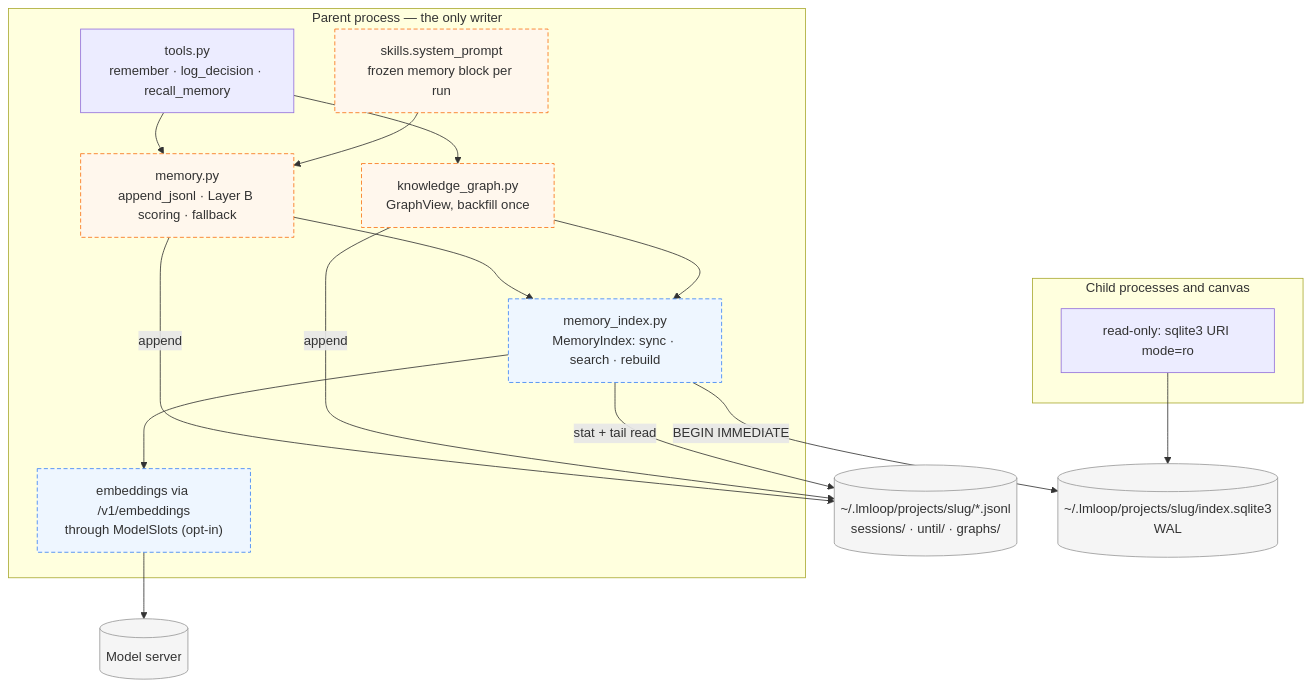
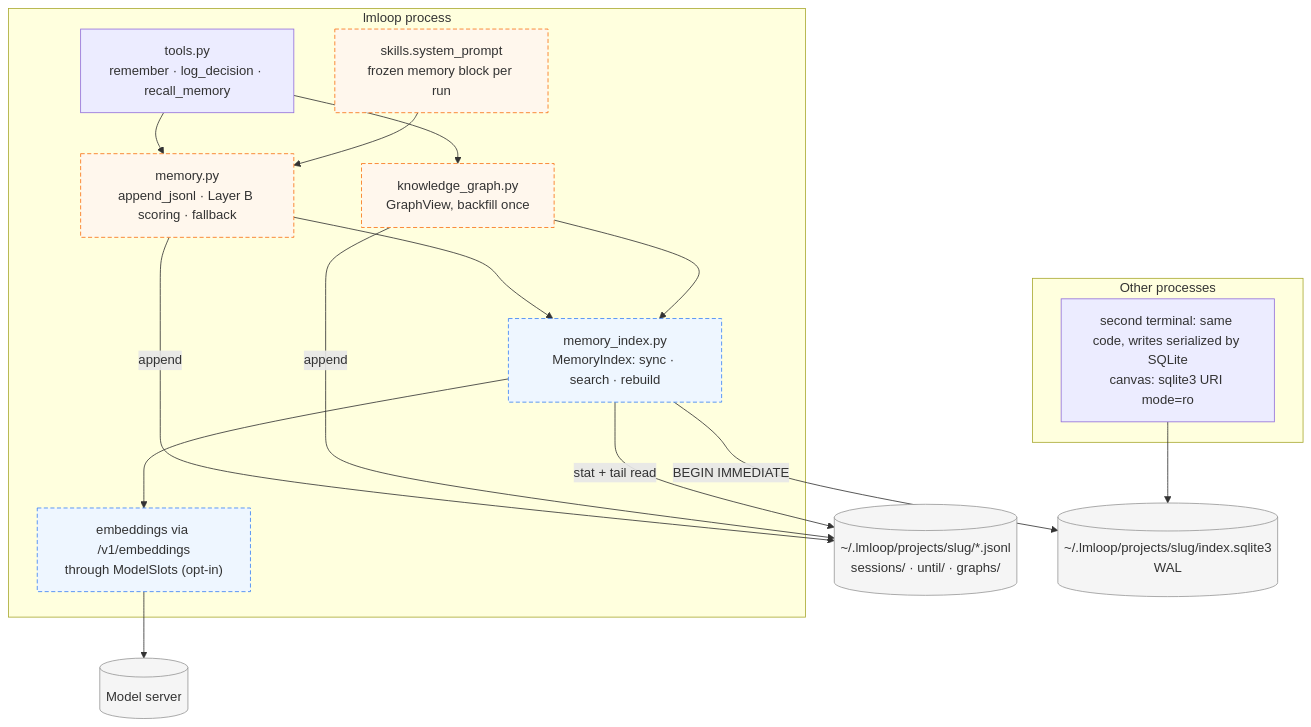
One commit to XD-Builder/environment-setup changed the second of 4 diagrams in lmloop/docs/DESIGN_MEMORY_RETRIEVAL.md. Above: the diagram before and after it, drawn with Mermaid. The commit also changed other lines of this file and 4 other files, not shown here.

````diff
--- a/lmloop/docs/DESIGN_MEMORY_RETRIEVAL.md
+++ b/lmloop/docs/DESIGN_MEMORY_RETRIEVAL.md
@@ -130,36 +131,36 @@
 ```mermaid
 flowchart TB
   classDef new fill:#eef6ff,stroke:#3b82f6,stroke-dasharray:5 3
   classDef mod fill:#fff7ed,stroke:#f97316,stroke-dasharray:5 3
   classDef ext fill:#f5f5f5,stroke:#999
 
-  subgraph parent["Parent process — the only writer"]
+  subgraph parent["lmloop process"]
     tools["tools.py<br/>remember · log_decision · recall_memory"]
     mem["memory.py<br/>append_jsonl · Layer B scoring · fallback"]:::mod
     kg["knowledge_graph.py<br/>GraphView, backfill once"]:::mod
     midx["memory_index.py<br/>MemoryIndex: sync · search · rebuild"]:::new
     sp["skills.system_prompt<br/>frozen memory block per run"]:::mod
     emb["embeddings via /v1/embeddings<br/>through ModelSlots (opt-in)"]:::new
   end
 
-  subgraph kids["Child processes and canvas"]
-    ro["read-only: sqlite3 URI mode=ro"]
+  subgraph kids["Other processes"]
+    ro["second terminal: same code, writes serialized by SQLite<br/>canvas: sqlite3 URI mode=ro"]
   end
 
   jsonl[("~/.lmloop/projects/slug/*.jsonl<br/>sessions/ · until/ · graphs/")]:::ext
   idx[("~/.lmloop/projects/slug/index.sqlite3<br/>WAL")]:::ext
   model[("Model server")]:::ext
 
   tools --> mem
   tools --> kg
   mem -->|"append"| jsonl
   kg -->|"append"| jsonl
   mem --> midx
   kg --> midx
   sp --> mem
   midx -->|"stat + tail read"| jsonl
   midx -->|"BEGIN IMMEDIATE"| idx
   midx --> emb
   emb --> model
   ro --> idx
 ```
````
